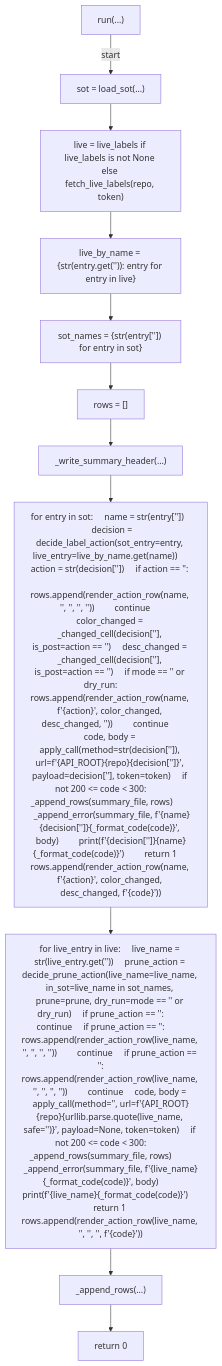
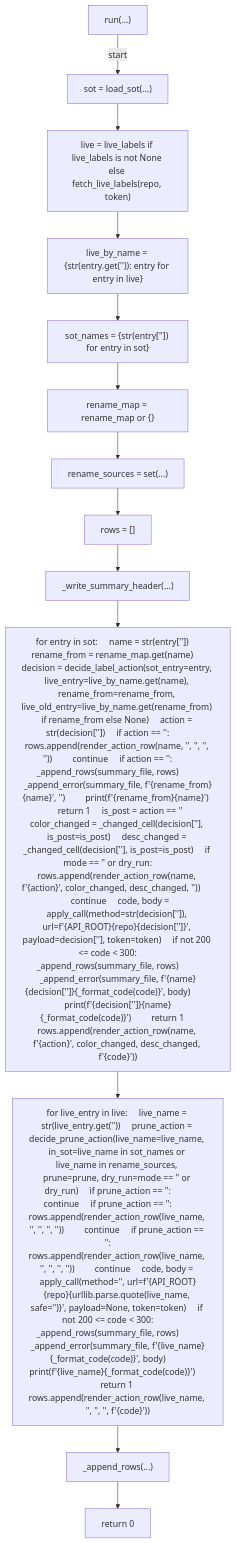
One commit to tvna/claude-md changed the eighth of 17 diagrams in docs/generated/scripts/ast/labels_apply.md. Above: the diagram before and after it, drawn with Mermaid. The commit also changed other lines of this file and 2 other files, not shown here.

First line of the commit message:
docs(generated): regenerate decision tree and workflow diagrams

````diff
--- a/docs/generated/scripts/ast/labels_apply.md
+++ b/docs/generated/scripts/ast/labels_apply.md
@@ -117,24 +140,28 @@
 ```mermaid
 flowchart TD
     N001["run(...)"]
     N002["sot = load_sot(...)"]
     N003["live = live_labels if live_labels is not None else fetch_live_labels(repo, token)"]
     N004["live_by_name = {str(entry.get('<str>')): entry for entry in live}"]
     N005["sot_names = {str(entry['<str>']) for entry in sot}"]
-    N006["rows = []"]
-    N007["_write_summary_header(...)"]
-    N008["for entry in sot:     name = str(entry['<str>'])     decision = decide_label_action(sot_entry=entry, live_entry=live_by_name.get(name))     action = str(decision['<str>'])     if action == '<str>':         rows.append(render_action_row(name, '<str>', '<str>', '<str>', '<str>'))         continue     color_changed = _changed_cell(decision['<str>'], is_post=action == '<str>')     desc_changed = _changed_cell(decision['<str>'], is_post=action == '<str>')     if mode == '<str>' or dry_run:         rows.append(render_action_row(name, f'<str>{action}<str>', color_changed, desc_changed, '<str>'))         continue     code, body = apply_call(method=str(decision['<str>']), url=f'{API_ROOT}<str>{repo}{decision['<str>']}', payload=decision['<str>'], token=token)     if not 200 <= code < 300:         _append_rows(summary_file, rows)         _append_error(summary_file, f'<str>{name}<str>{decision['<str>']}<str>{_format_code(code)}<str>', body)         print(f'<str>{decision['<str>']}<str>{name}<str>{_format_code(code)}<str>')         return 1     rows.append(render_action_row(name, f'{action}<str>', color_changed, desc_changed, f'<str>{code}'))"]
-    N009["for live_entry in live:     live_name = str(live_entry.get('<str>'))     prune_action = decide_prune_action(live_name=live_name, in_sot=live_name in sot_names, prune=prune, dry_run=mode == '<str>' or dry_run)     if prune_action == '<str>':         continue     if prune_action == '<str>':         rows.append(render_action_row(live_name, '<str>', '<str>', '<str>', '<str>'))         continue     if prune_action == '<str>':         rows.append(render_action_row(live_name, '<str>', '<str>', '<str>', '<str>'))         continue     code, body = apply_call(method='<str>', url=f'{API_ROOT}<str>{repo}<str>{urllib.parse.quote(live_name, safe='<str>')}', payload=None, token=token)     if not 200 <= code < 300:         _append_rows(summary_file, rows)         _append_error(summary_file, f'<str>{live_name}<str>{_format_code(code)}<str>', body)         print(f'<str>{live_name}<str>{_format_code(code)}<str>')         return 1     rows.append(render_action_row(live_name, '<str>', '<str>', '<str>', f'<str>{code}'))"]
-    N010["_append_rows(...)"]
-    N011["return 0"]
+    N006["rename_map = rename_map or {}"]
+    N007["rename_sources = set(...)"]
+    N008["rows = []"]
+    N009["_write_summary_header(...)"]
+    N010["for entry in sot:     name = str(entry['<str>'])     rename_from = rename_map.get(name)     decision = decide_label_action(sot_entry=entry, live_entry=live_by_name.get(name), rename_from=rename_from, live_old_entry=live_by_name.get(rename_from) if rename_from else None)     action = str(decision['<str>'])     if action == '<str>':         rows.append(render_action_row(name, '<str>', '<str>', '<str>', '<str>'))         continue     if action == '<str>':         _append_rows(summary_file, rows)         _append_error(summary_file, f'<str>{rename_from}<str>{name}<str>', '<str>')         print(f'<str>{rename_from}<str>{name}<str>')         return 1     is_post = action == '<str>'     color_changed = _changed_cell(decision['<str>'], is_post=is_post)     desc_changed = _changed_cell(decision['<str>'], is_post=is_post)     if mode == '<str>' or dry_run:         rows.append(render_action_row(name, f'<str>{action}<str>', color_changed, desc_changed, '<str>'))         continue     code, body = apply_call(method=str(decision['<str>']), url=f'{API_ROOT}<str>{repo}{decision['<str>']}', payload=decision['<str>'], token=token)     if not 200 <= code < 300:         _append_rows(summary_file, rows)         _append_error(summary_file, f'<str>{name}<str>{decision['<str>']}<str>{_format_code(code)}<str>', body)         print(f'<str>{decision['<str>']}<str>{name}<str>{_format_code(code)}<str>')         return 1     rows.append(render_action_row(name, f'{action}<str>', color_changed, desc_changed, f'<str>{code}'))"]
+    N011["for live_entry in live:     live_name = str(live_entry.get('<str>'))     prune_action = decide_prune_action(live_name=live_name, in_sot=live_name in sot_names or live_name in rename_sources, prune=prune, dry_run=mode == '<str>' or dry_run)     if prune_action == '<str>':         continue     if prune_action == '<str>':         rows.append(render_action_row(live_name, '<str>', '<str>', '<str>', '<str>'))         continue     if prune_action == '<str>':         rows.append(render_action_row(live_name, '<str>', '<str>', '<str>', '<str>'))         continue     code, body = apply_call(method='<str>', url=f'{API_ROOT}<str>{repo}<str>{urllib.parse.quote(live_name, safe='<str>')}', payload=None, token=token)     if not 200 <= code < 300:         _append_rows(summary_file, rows)         _append_error(summary_file, f'<str>{live_name}<str>{_format_code(code)}<str>', body)         print(f'<str>{live_name}<str>{_format_code(code)}<str>')         return 1     rows.append(render_action_row(live_name, '<str>', '<str>', '<str>', f'<str>{code}'))"]
+    N012["_append_rows(...)"]
+    N013["return 0"]
     N001 -->|"start"| N002
     N002 --> N003
     N003 --> N004
     N004 --> N005
     N005 --> N006
     N006 --> N007
     N007 --> N008
     N008 --> N009
     N009 --> N010
     N010 --> N011
+    N011 --> N012
+    N012 --> N013
 ```
````
